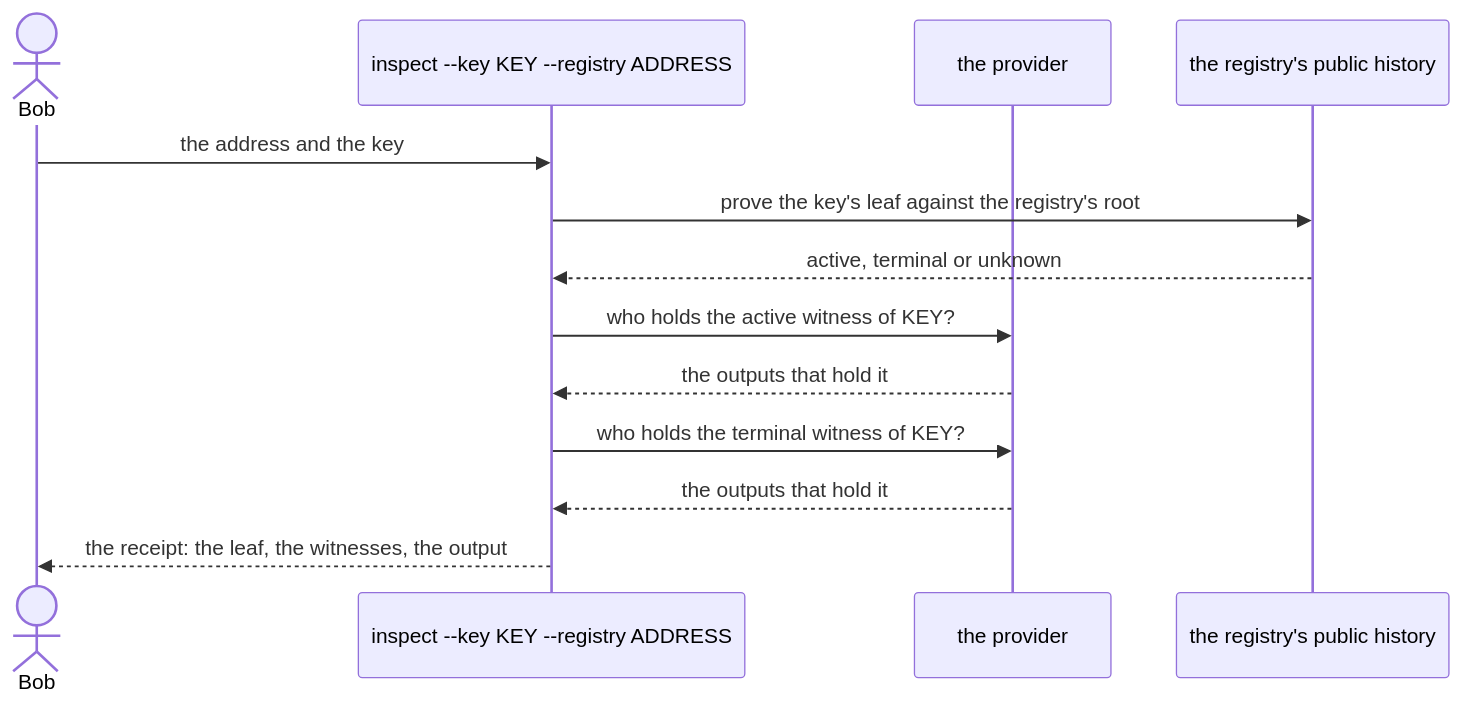
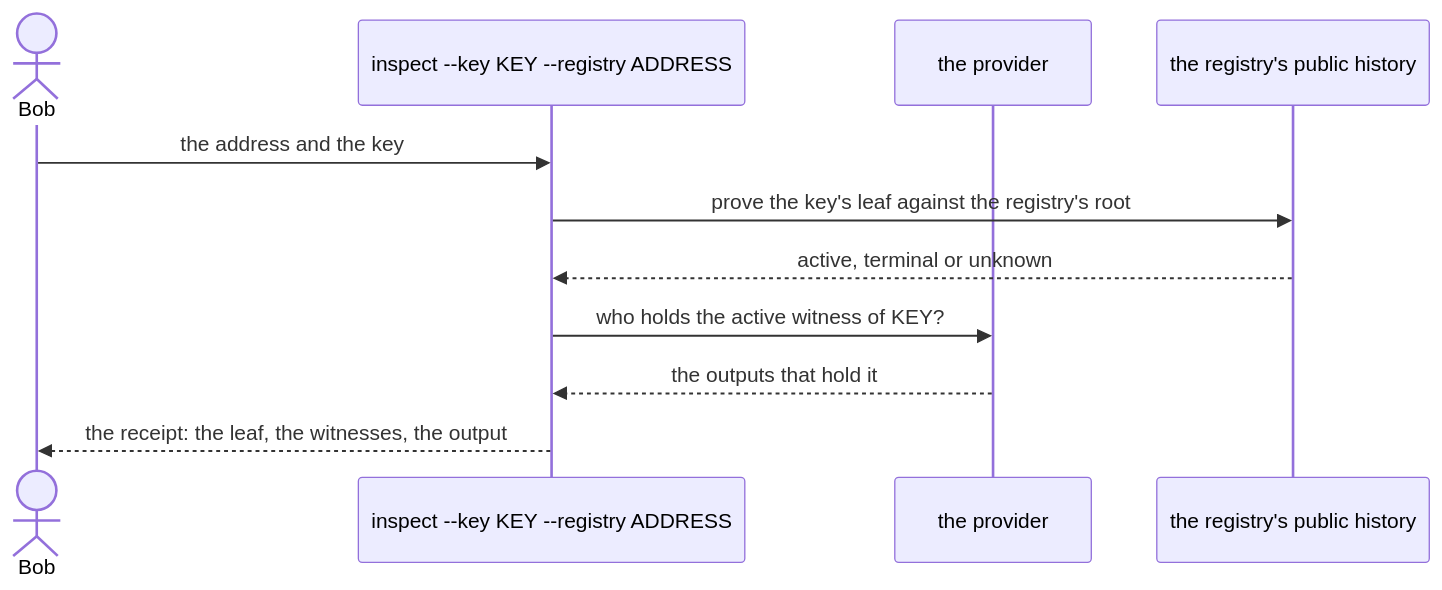
The seventh of 10 diagrams in docs/singular-node.md (lambdasistemi/singular), drawn with Mermaid before and after one commit. The commit also changed other lines of this file and 66 other files, not shown here.

````diff
--- a/docs/singular-node.md
+++ b/docs/singular-node.md
@@ -637,15 +637,13 @@
 ```mermaid
 sequenceDiagram
     actor Bob
     participant Inspect as inspect --key KEY --registry ADDRESS
     participant Provider as the provider
     participant History as the registry's public history
     Bob->>Inspect: the address and the key
     Inspect->>History: prove the key's leaf against the registry's root
     History-->>Inspect: active, terminal or unknown
     Inspect->>Provider: who holds the active witness of KEY?
     Provider-->>Inspect: the outputs that hold it
-    Inspect->>Provider: who holds the terminal witness of KEY?
-    Provider-->>Inspect: the outputs that hold it
     Inspect-->>Bob: the receipt: the leaf, the witnesses, the output
 ```
````
